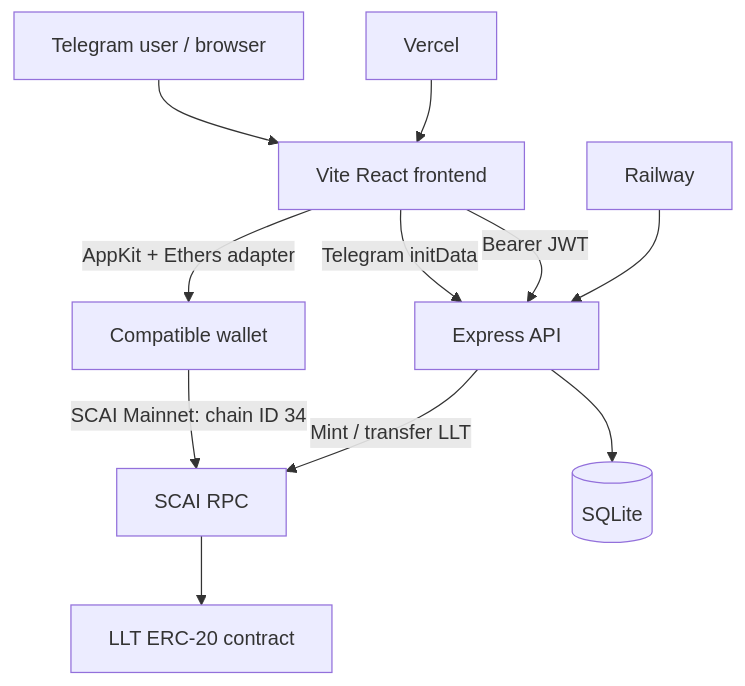
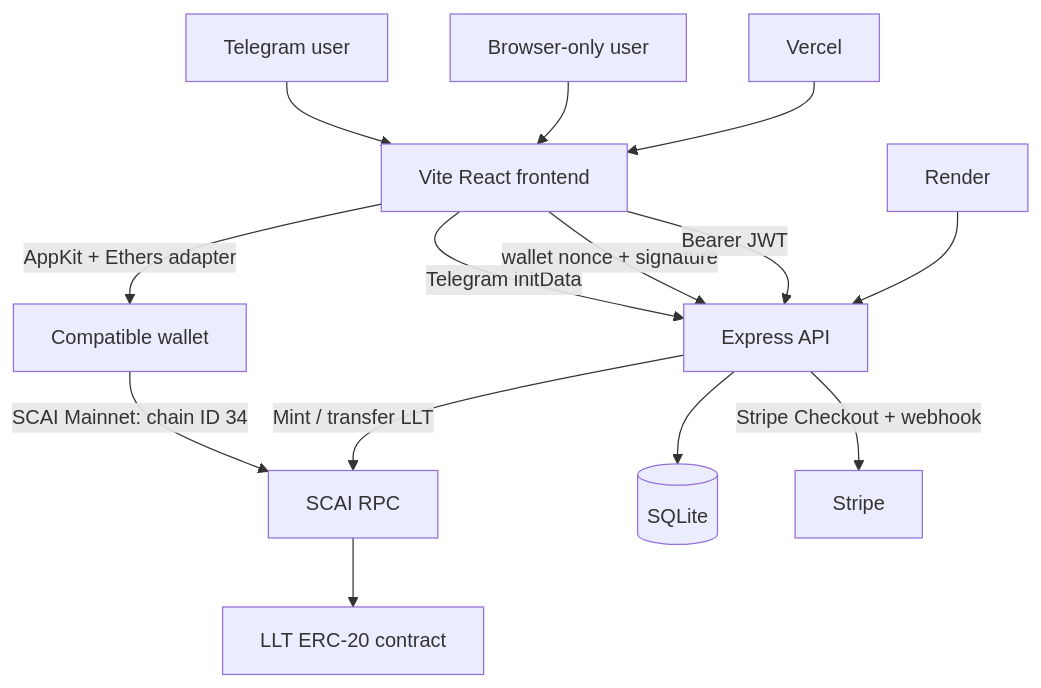
Before and after one commit to feudcommon/lottery_project: the diagram in README.md, drawn with Mermaid. The commit also changed other lines of this file and 5 other files, not shown here.

````diff
--- a/README.md
+++ b/README.md
@@ -15,13 +15,16 @@
 ```mermaid
 flowchart TD
-  U[Telegram user / browser] --> F[Vite React frontend]
+  U[Telegram user] --> F[Vite React frontend]
+  U2[Browser-only user] --> F
   F -->|Telegram initData| B[Express API]
+  F -->|wallet nonce + signature| B
   F -->|Bearer JWT| B
   F -->|AppKit + Ethers adapter| W[Compatible wallet]
   W -->|SCAI Mainnet: chain ID 34| S[SCAI RPC]
   B --> D[(SQLite)]
   B -->|Mint / transfer LLT| S
+  B -->|Stripe Checkout + webhook| P[Stripe]
   S --> C[LLT ERC-20 contract]
   V[Vercel] --> F
-  R[Railway] --> B
+  Rn[Render] --> B
 ```
````
